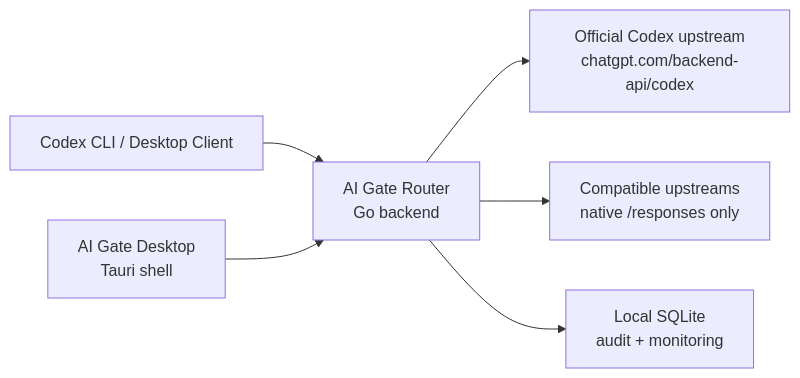
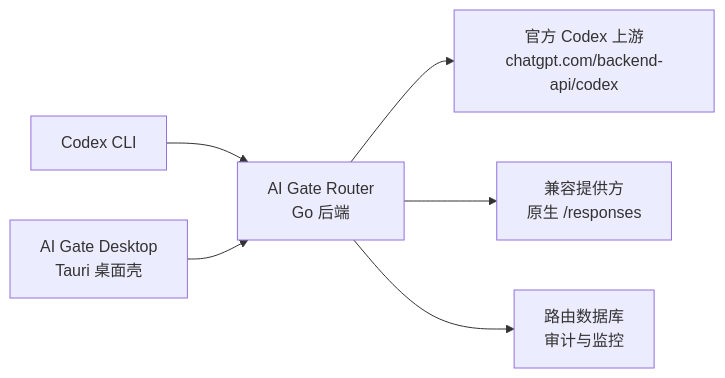
The first of 2 diagrams in README.md (GcsSloop/ai-gate), drawn with Mermaid before and after one commit. The commit also changed other lines of this file and 6 other files, not shown here.

````diff
--- a/README.md
+++ b/README.md
@@ -50,8 +38,8 @@
 ```mermaid
 flowchart LR
-    A["Codex CLI / Desktop Client"] --> B["AI Gate Router<br/>Go backend"]
-    C["AI Gate Desktop<br/>Tauri shell"] --> B
-    B --> D["Official Codex upstream<br/>chatgpt.com/backend-api/codex"]
-    B --> E["Compatible upstreams<br/>native /responses only"]
-    B --> F["Local SQLite<br/>audit + monitoring"]
+    A["Codex CLI"] --> C["AI Gate Router<br/>Go 后端"]
+    B["AI Gate Desktop<br/>Tauri 桌面壳"] --> C
+    C --> E["官方 Codex 上游<br/>chatgpt.com/backend-api/codex"]
+    C --> F["兼容提供方<br/>原生 /responses"]
+    C --> G["路由数据库<br/>审计与监控"]
 ```
````
